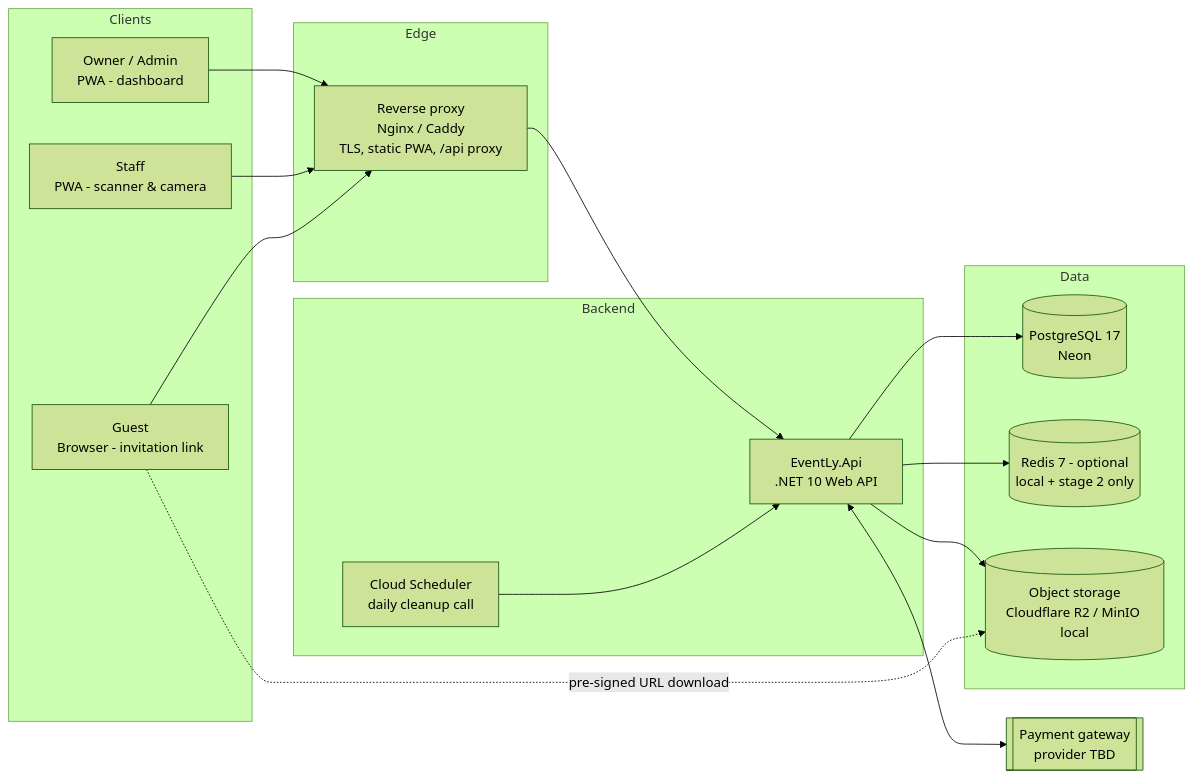
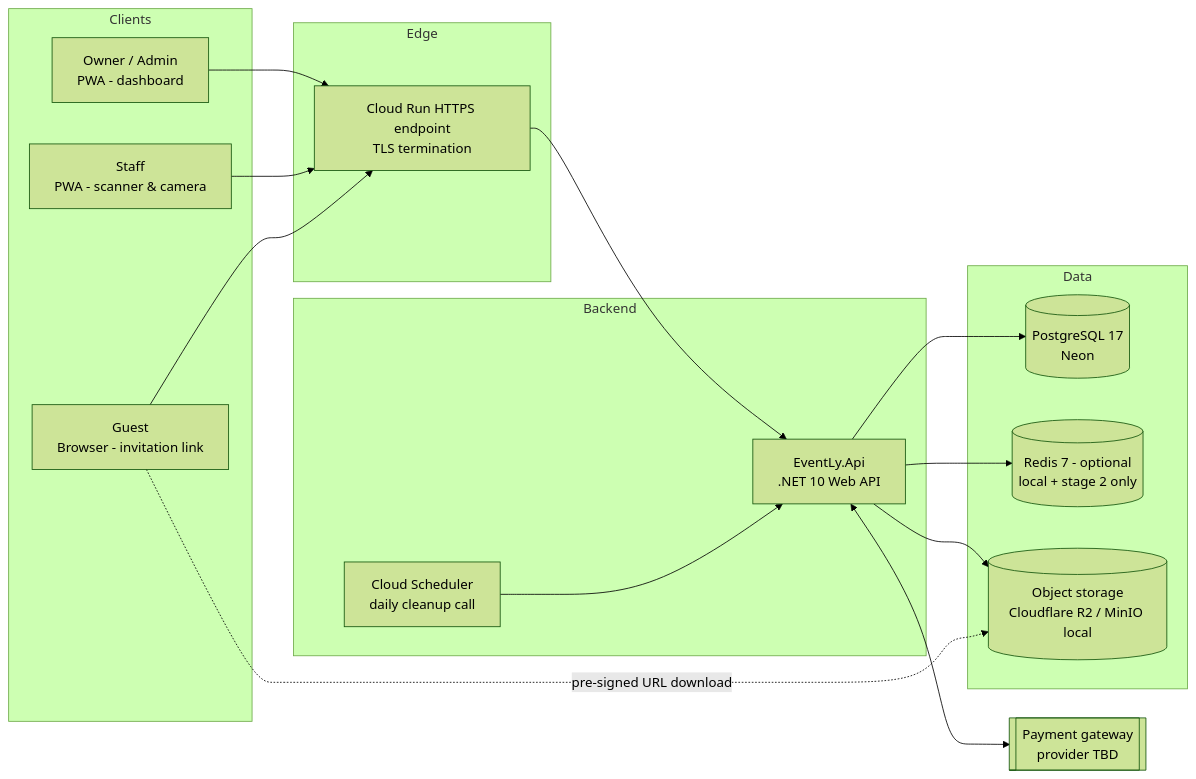
The first of 5 diagrams in docs/architecture/01-system-architecture.md (rikoaderinanda/EventLy), drawn with Mermaid (forest theme) before and after one commit. The commit also changed other lines of this file and 11 other files, not shown here.

````diff
--- a/docs/architecture/01-system-architecture.md
+++ b/docs/architecture/01-system-architecture.md
@@ -30,33 +30,33 @@
 ```mermaid
 flowchart LR
     subgraph Clients
         OA[Owner / Admin<br/>PWA - dashboard]
         ST[Staff<br/>PWA - scanner & camera]
         GU[Guest<br/>Browser - invitation link]
     end
 
     subgraph Edge
-        RP[Reverse proxy<br/>Nginx / Caddy<br/>TLS, static PWA, /api proxy]
+        RP[Cloud Run HTTPS endpoint<br/>TLS termination]
     end
 
     subgraph Backend
         API[EventLy.Api<br/>.NET 10 Web API]
         SCH[Cloud Scheduler<br/>daily cleanup call]
     end
 
     subgraph Data
         PG[(PostgreSQL 17<br/>Neon)]
         RD[(Redis 7 - optional<br/>local + stage 2 only)]
         OS[(Object storage<br/>Cloudflare R2 / MinIO local)]
     end
 
     PGW[[Payment gateway<br/>provider TBD]]
 
     OA & ST & GU --> RP --> API
     API --> PG
     API --> RD
     API --> OS
     SCH --> API
     API <--> PGW
     GU -. pre-signed URL download .-> OS
 ```
````
